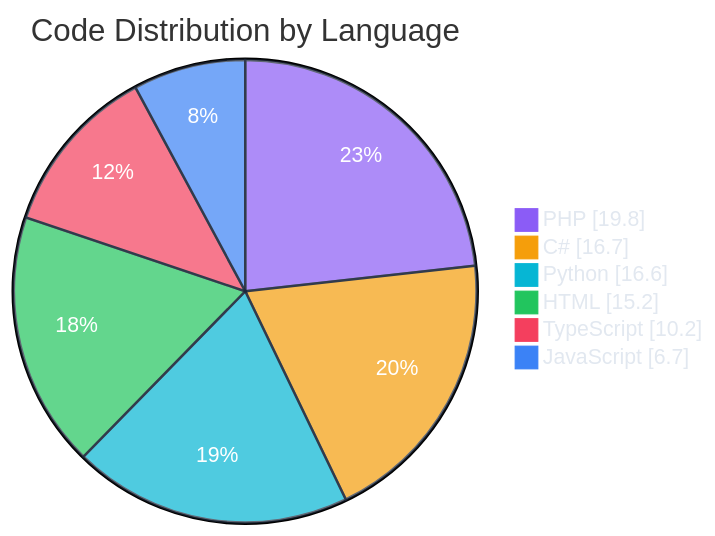
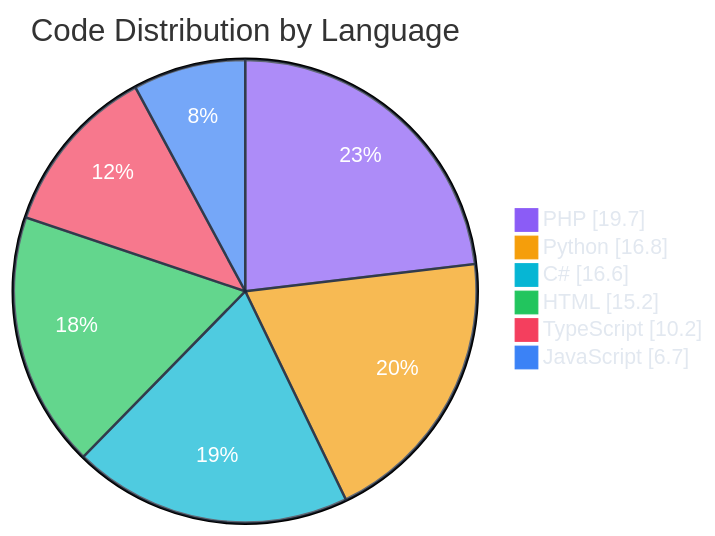
The second of 7 diagrams in README.md (polo-nyan/polo-nyan), drawn with Mermaid before and after one commit. The commit also changed other lines of this file and 1 other file, not shown here.

````diff
--- a/README.md
+++ b/README.md
@@ -229,11 +229,11 @@
 ```mermaid
 %%{init: {"theme": "base", "themeVariables": { "pie1": "#8b5cf6", "pie2": "#f59e0b", "pie3": "#06b6d4", "pie4": "#22c55e", "pie5": "#f43f5e", "pie6": "#3b82f6", "pie7": "#ec4899", "pieTextColor": "#ffffff", "pieLegendTextColor": "#e2e8f0", "pieSectionTextColor": "#ffffff", "pieStrokeColor": "#1e293b" }}}%%
 pie showData
     title Code Distribution by Language
-    "PHP" : 19.8
-    "C#" : 16.7
-    "Python" : 16.6
+    "PHP" : 19.7
+    "Python" : 16.8
+    "C#" : 16.6
     "HTML" : 15.2
     "TypeScript" : 10.2
     "JavaScript" : 6.7
 ```
````
